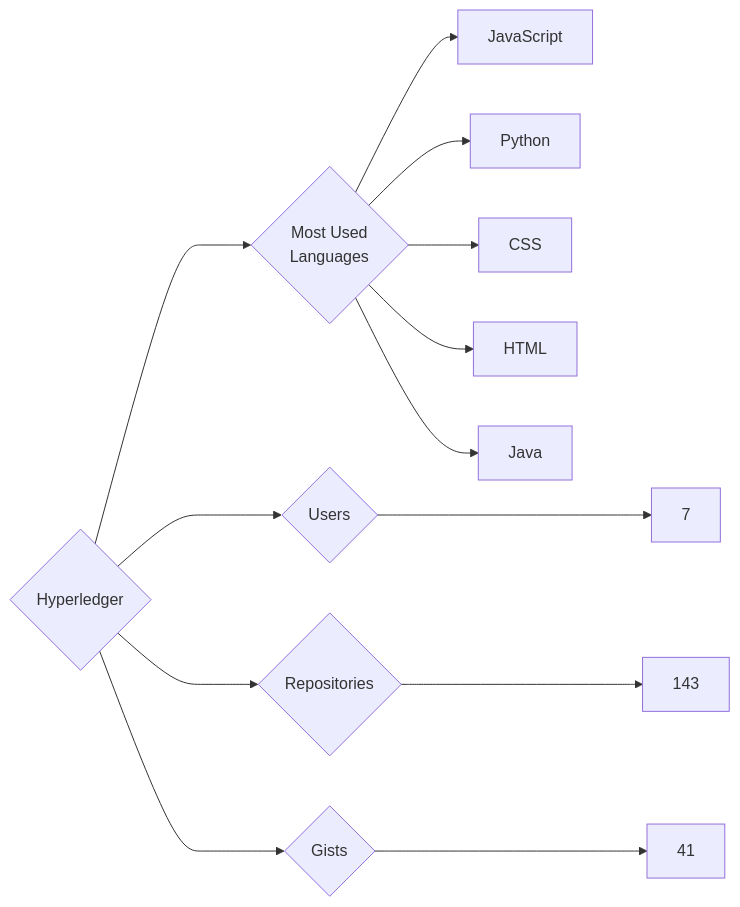
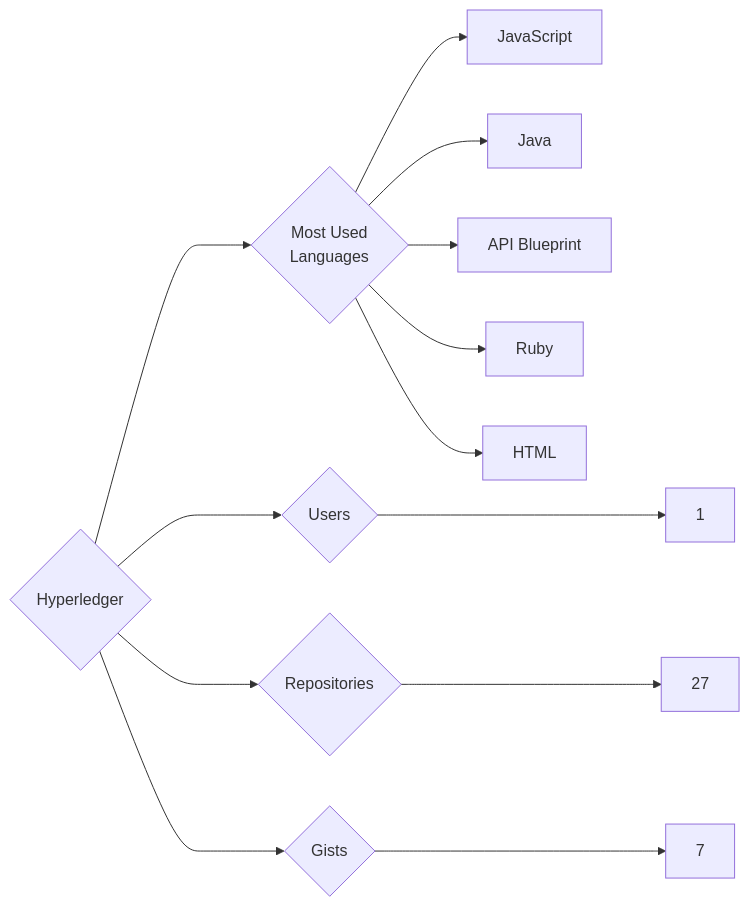
Before and after one commit to trickest/insiders: the diagram in targets/Hyperledger/README.md, drawn with Mermaid. The commit also changed 865 other files, not shown here.

````diff
--- a/targets/Hyperledger/README.md
+++ b/targets/Hyperledger/README.md
@@ -3,13 +3,13 @@
 ```mermaid
 graph LR
 COMPANY_NAME{Hyperledger}
-COMPANY_NAME ---> U{Users} ---> UN[7]
-COMPANY_NAME ---> R{Repositories} ---> RN[143]
-COMPANY_NAME ---> G{Gists} ---> GN[41]
+COMPANY_NAME ---> U{Users} ---> UN[1]
+COMPANY_NAME ---> R{Repositories} ---> RN[27]
+COMPANY_NAME ---> G{Gists} ---> GN[7]
 COMPANY_NAME ---> ML{Most Used<br>Languages}
 ML --> JavaScript[JavaScript]
-ML --> Python[Python]
-ML --> CSS[CSS]
+ML --> Java[Java]
+ML --> API_Blueprint[API Blueprint]
+ML --> Ruby[Ruby]
 ML --> HTML[HTML]
-ML --> Java[Java]
 ```
````
